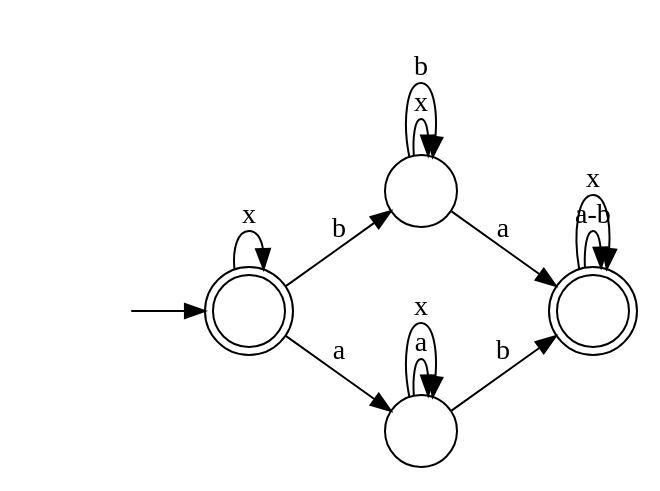
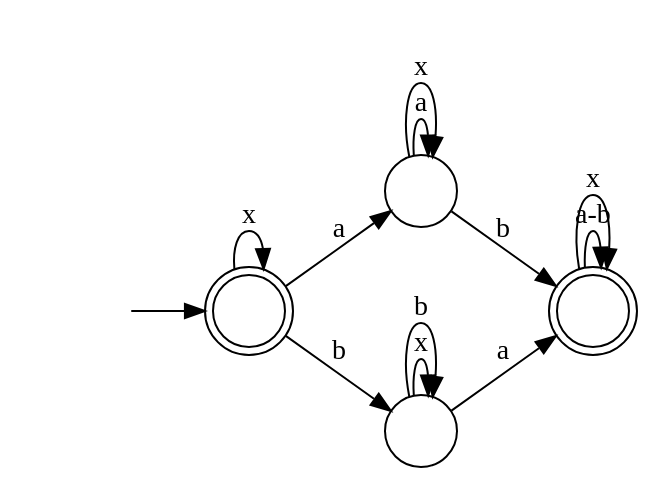
One commit to cdc08x/MINERful changed the diagram in re-ltlf-fsa/automata/CoExistence_a__b_.dot. Above: the diagram before and after it, drawn with Graphviz. The commit also changed 38 other files, not shown here.

```diff
--- a/re-ltlf-fsa/automata/CoExistence_a__b_.dot
+++ b/re-ltlf-fsa/automata/CoExistence_a__b_.dot
@@ -1,20 +1,20 @@
 digraph Automaton {
   rankdir = LR;
   0 [shape=doublecircle,label=""];
-  0 -> 0 [label="a-b"]
+  initial [shape=plaintext,label=""];
+  initial -> 0
+  0 -> 3 [label="a"]
   0 -> 0 [label="x"]
-  1 [shape=circle,label=""];
-  1 -> 0 [label="a"]
+  0 -> 2 [label="b"]
+  1 [shape=doublecircle,label=""];
+  1 -> 1 [label="a-b"]
   1 -> 1 [label="x"]
-  1 -> 1 [label="b"]
-  2 [shape=doublecircle,label=""];
-  initial [shape=plaintext,label=""];
-  initial -> 2
-  2 -> 3 [label="a"]
+  2 [shape=circle,label=""];
+  2 -> 1 [label="a"]
   2 -> 2 [label="x"]
-  2 -> 1 [label="b"]
+  2 -> 2 [label="b"]
   3 [shape=circle,label=""];
   3 -> 3 [label="a"]
   3 -> 3 [label="x"]
-  3 -> 0 [label="b"]
+  3 -> 1 [label="b"]
 }
```
